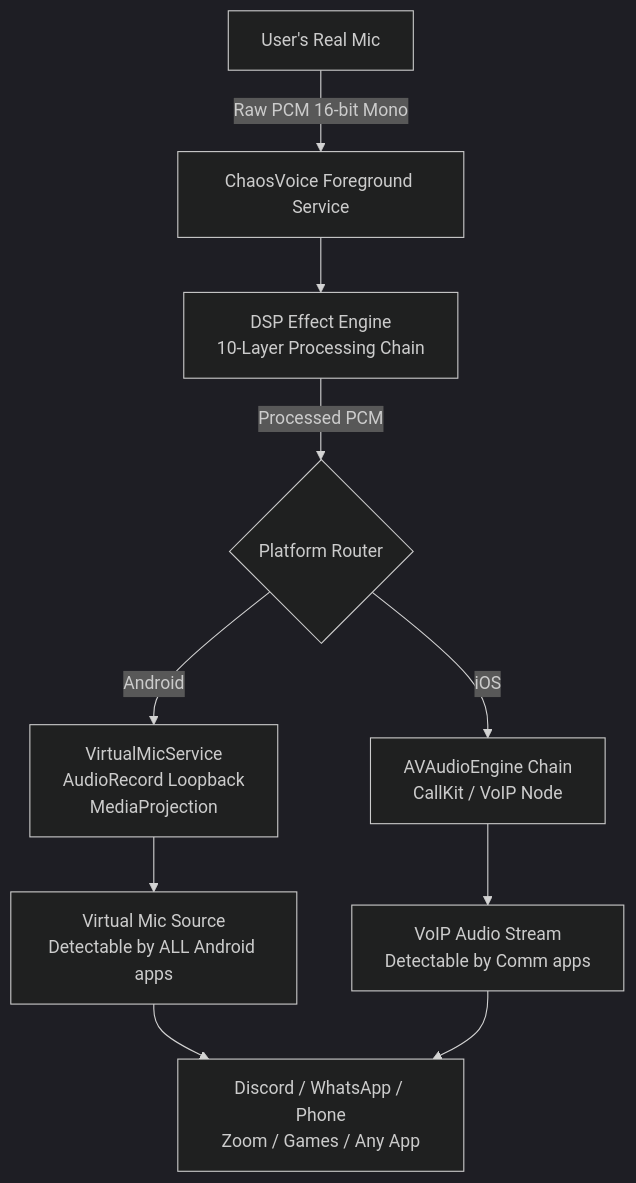
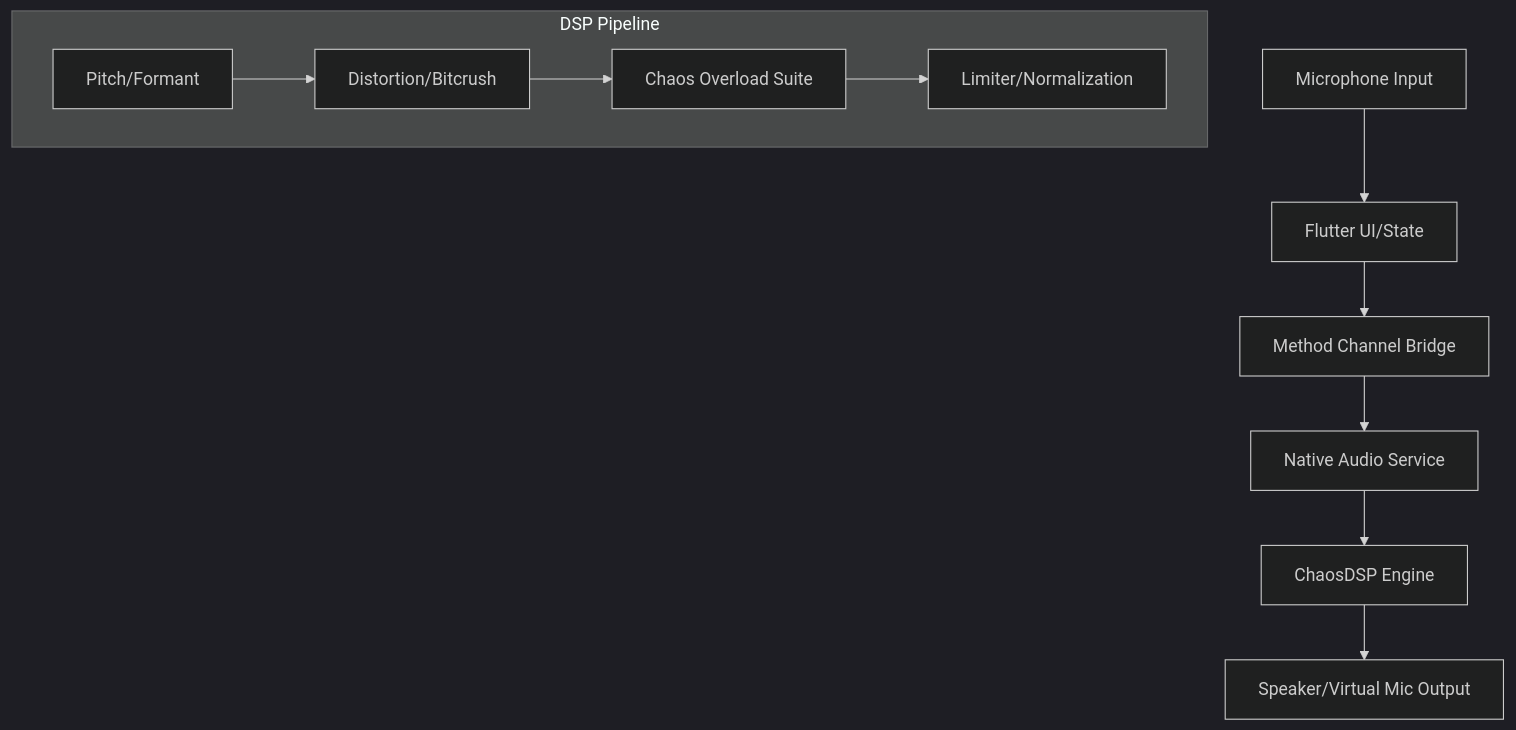
Before and after one commit to vincenzo-afk/chaos-vpn: the diagram in README.md, drawn with Mermaid (dark theme). The commit also changed other lines of this file, not shown here.

First line of the commit message:
docs: modernize README with production-grade structure and diagrams

````diff
--- a/README.md
+++ b/README.md
@@ -62,12 +62,14 @@
 ```mermaid
-flowchart TD
-    A[User's Real Mic] -->|Raw PCM 16-bit Mono| B[ChaosVoice Foreground Service]
-    B --> C[DSP Effect Engine\n10-Layer Processing Chain]
-    C -->|Processed PCM| D{Platform Router}
-    D -->|Android| E[VirtualMicService\nAudioRecord Loopback\nMediaProjection]
-    D -->|iOS| F[AVAudioEngine Chain\nCallKit / VoIP Node]
-    E --> G[Virtual Mic Source\nDetectable by ALL Android apps]
-    F --> H[VoIP Audio Stream\nDetectable by Comm apps]
-    G --> I[Discord / WhatsApp / Phone\nZoom / Games / Any App]
-    H --> I
+graph TD
+    Mic[Microphone Input] --> Flutter[Flutter UI/State]
+    Flutter --> Bridge[Method Channel Bridge]
+    Bridge --> Native[Native Audio Service]
+    Native --> DSP[ChaosDSP Engine]
+    DSP --> Loopback[Speaker/Virtual Mic Output]
+    
+    subgraph "DSP Pipeline"
+        P1[Pitch/Formant] --> P2[Distortion/Bitcrush]
+        P2 --> P3[Chaos Overload Suite]
+        P3 --> P4[Limiter/Normalization]
+    end
 ```
````
